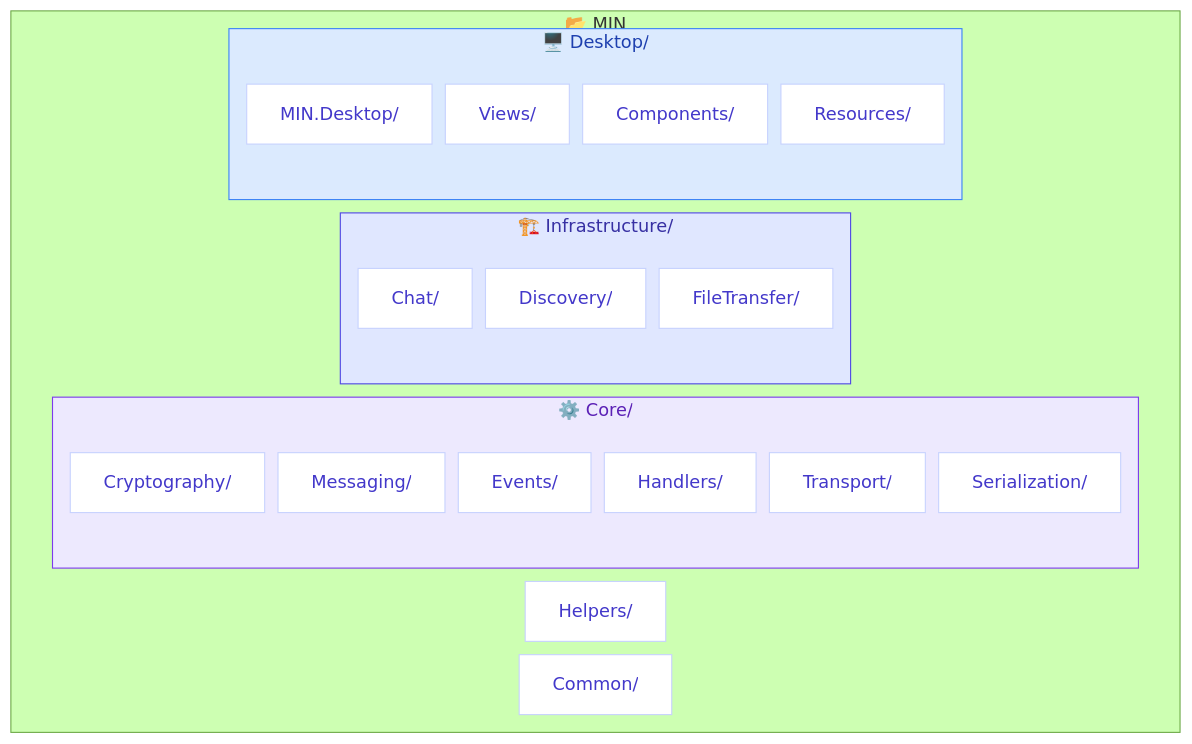
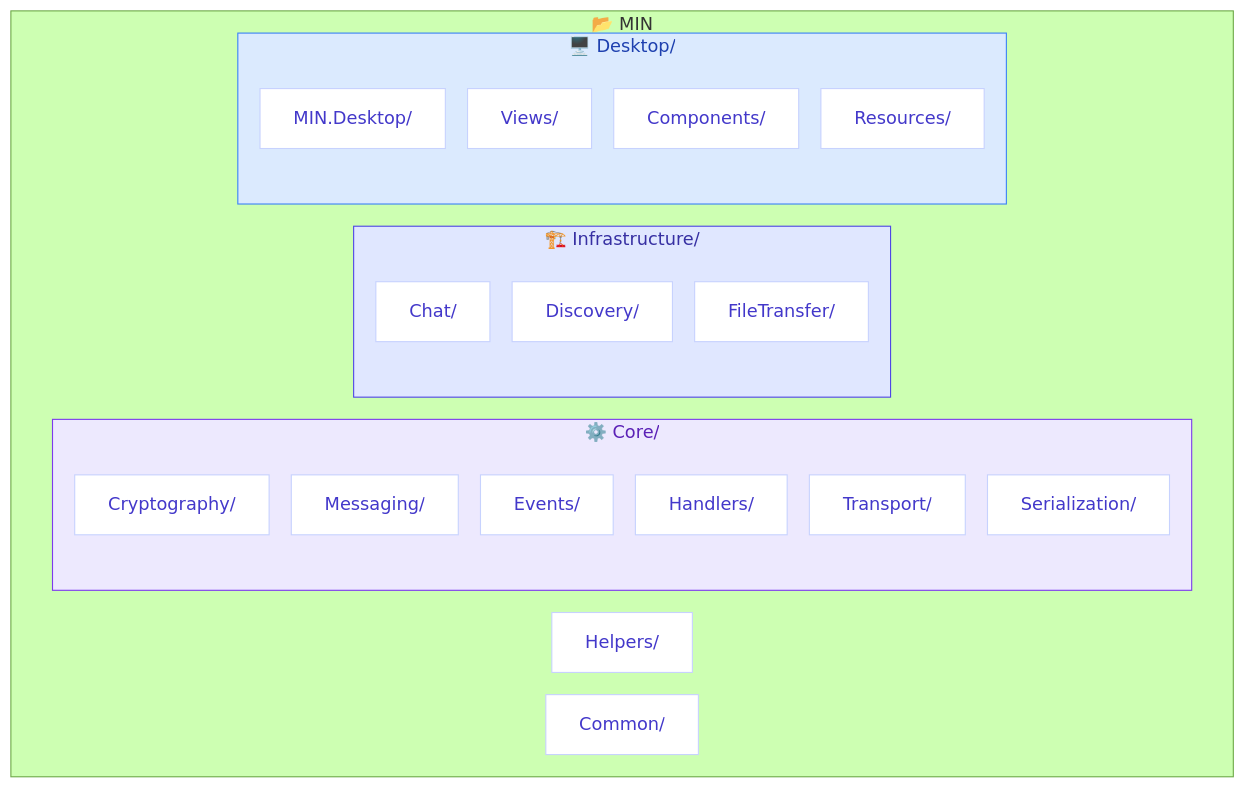
The second of 3 diagrams in README.md (CasCadeVR/MIN), drawn with Mermaid (forest theme) before and after one commit.

````diff
--- a/README.md
+++ b/README.md
@@ -171,38 +171,38 @@
 ```mermaid
 flowchart TB
-    %%{init: {'flowchart': {'nodeSpacing': 12}}}%%
+    %%{init: {'flowchart': {'nodeSpacing': 20}}}%%
     classDef coreFolder fill:#ede9fe,stroke:#7c3aed,color:#5b21b6
     classDef infraFolder fill:#e0e7ff,stroke:#4f46e5,color:#3730a3
     classDef deskFolder fill:#dbeafe,stroke:#3b82f6,color:#1e40af
     classDef folder fill:#f5f3ff,stroke:#c7c2ea,color:#312e81
     classDef file fill:#fff,stroke:#c7d2fe,color:#4338ca
     
     subgraph MIN["📂 MIN"]
         subgraph CORE["⚙️ Core/"]
             G["Cryptography/"]
             H["Messaging/"]
             I["Events/"]
             J["Handlers/"]
             K["Transport/"]
             L["Serialization/"]
         end
         subgraph INF["🏗️ Infrastructure/"]
             M["Chat/"]
             N["Discovery/"]
             O["FileTransfer/"]
         end
         subgraph DESK["🖥️ Desktop/"]
             P["MIN.Desktop/"]
             Q["Views/"]
             R["Components/"]
             S["Resources/"]
         end
         T["Helpers/"]
         U["Common/"]
     end
     
     class CORE coreFolder
     class INF infraFolder
     class DESK deskFolder
     class G,H,I,J,K,L,M,N,O,P,Q,R,S,T,U file
 ```
````
